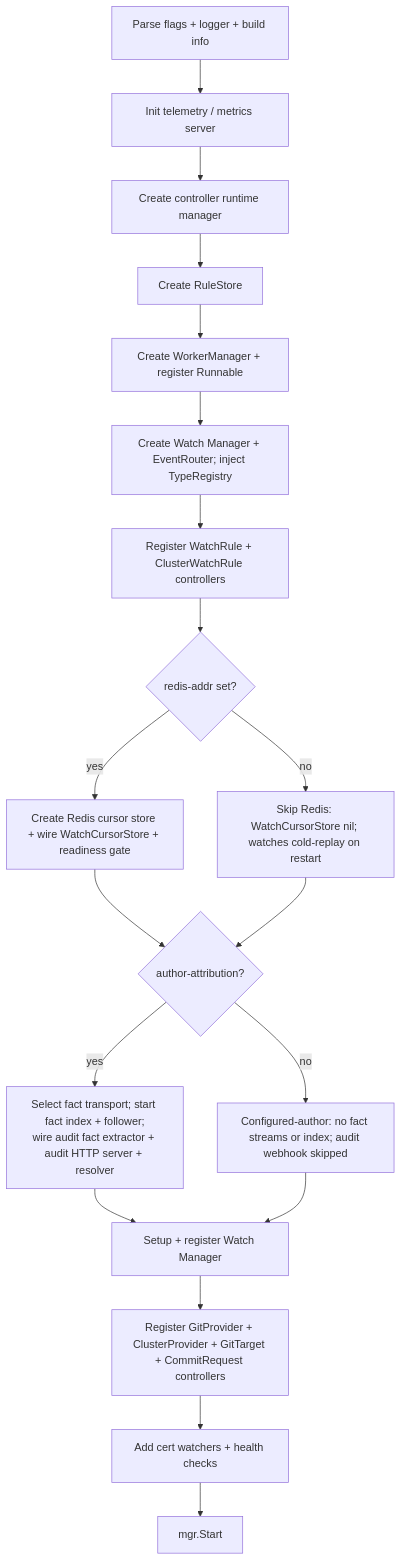
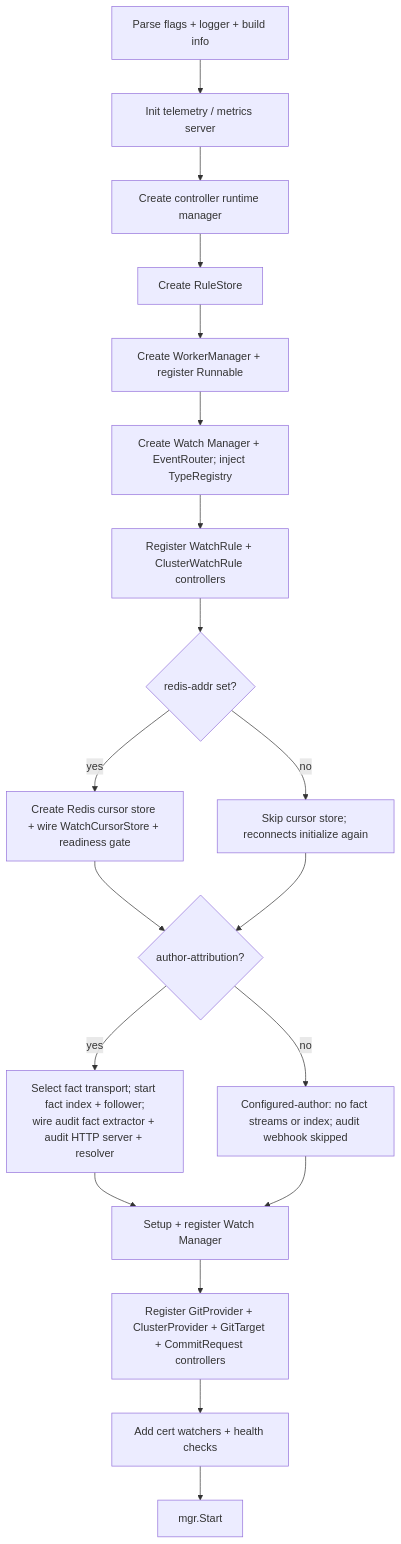
Before and after one commit to ConfigButler/gitops-reverser: the fifth of 5 diagrams in docs/architecture.md, drawn with Mermaid. The commit also changed other lines of this file and 118 other files, not shown here.

````diff
--- a/docs/architecture.md
+++ b/docs/architecture.md
@@ -1415,21 +1420,21 @@
 ```mermaid
 flowchart TD
     A[Parse flags + logger + build info] --> B[Init telemetry / metrics server]
     B --> C[Create controller runtime manager]
     C --> D[Create RuleStore]
     D --> E[Create WorkerManager + register Runnable]
     E --> F[Create Watch Manager + EventRouter; inject TypeRegistry]
     F --> G[Register WatchRule + ClusterWatchRule controllers]
     G --> H{redis-addr set?}
     H -->|yes| Hi[Create Redis cursor store + wire WatchCursorStore + readiness gate]
-    H -->|no| Hj[Skip Redis: WatchCursorStore nil; watches cold-replay on restart]
+    H -->|no| Hj[Skip cursor store; reconnects initialize again]
     Hi --> Hq{author-attribution?}
     Hj --> Hq
     Hq -->|yes| I[Select fact transport; start fact index + follower;<br/>wire audit fact extractor + audit HTTP server + resolver]
     Hq -->|no| J[Configured-author: no fact streams or index; audit webhook skipped]
     I --> K[Setup + register Watch Manager]
     J --> K
     K --> L[Register GitProvider + ClusterProvider + GitTarget + CommitRequest controllers]
     L --> M[Add cert watchers + health checks]
     M --> N[mgr.Start]
 ```
````
